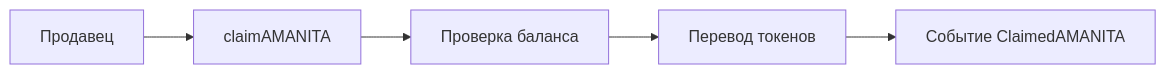
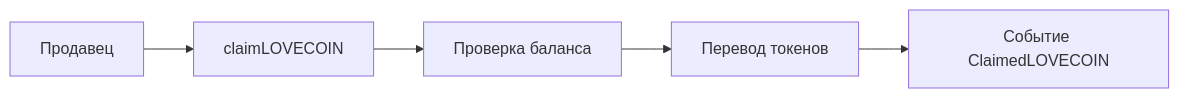
One commit to ViralLove/amanita changed the second of 3 diagrams in contracts/docs/LoveEmissionEngine.md. Above: the diagram before and after it, drawn with Mermaid. The commit also changed other lines of this file and 6 other files, not shown here.

````diff
--- a/contracts/docs/LoveEmissionEngine.md
+++ b/contracts/docs/LoveEmissionEngine.md
@@ -281,7 +281,7 @@
 ```mermaid
 graph LR
-    A[Продавец] --> B[claimAMANITA]
+    A[Продавец] --> B[claimLOVECOIN]
     B --> C[Проверка баланса]
     C --> D[Перевод токенов]
-    D --> E[Событие ClaimedAMANITA]
+    D --> E[Событие ClaimedLOVECOIN]
 ```
````
